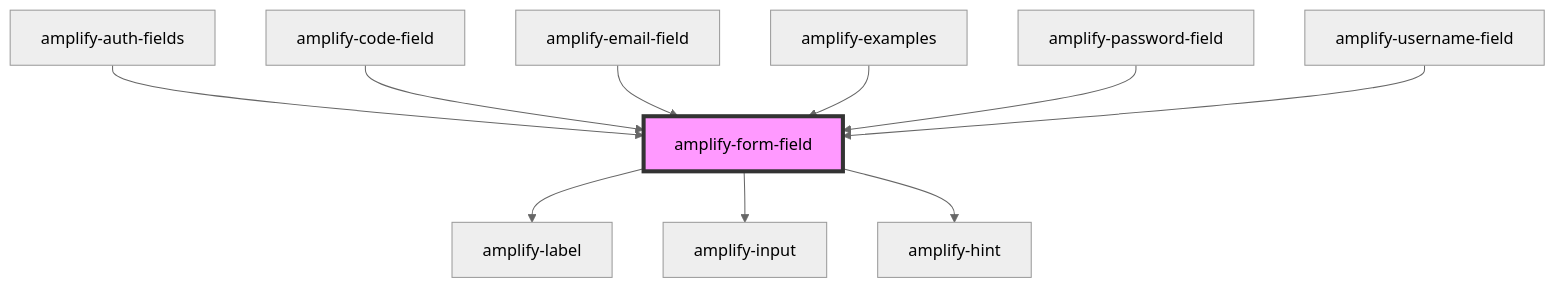
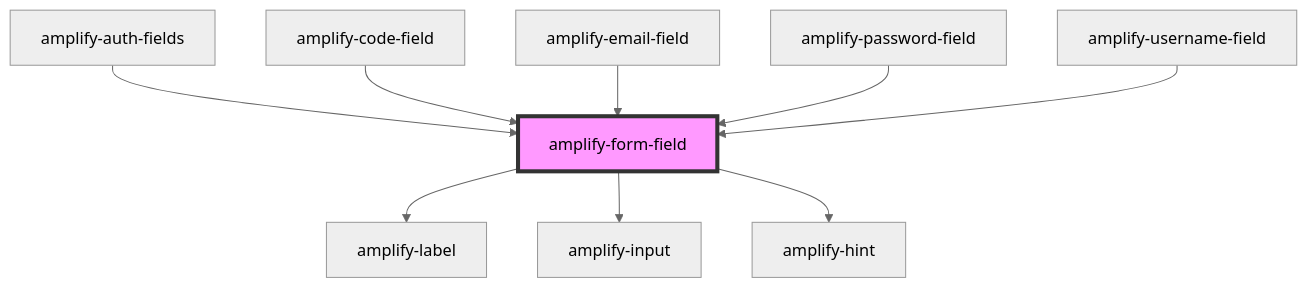
The diagram in packages/amplify-ui-components/src/components/amplify-form-field/readme.md (aws-amplify/amplify-js), drawn with Mermaid (neutral theme) before and after one commit. The commit also changed other lines of this file and 18 other files, not shown here.

````diff
--- a/packages/amplify-ui-components/src/components/amplify-form-field/readme.md
+++ b/packages/amplify-ui-components/src/components/amplify-form-field/readme.md
@@ -41,13 +40,12 @@
 ```mermaid
 graph TD;
   amplify-form-field --> amplify-label
   amplify-form-field --> amplify-input
   amplify-form-field --> amplify-hint
   amplify-auth-fields --> amplify-form-field
   amplify-code-field --> amplify-form-field
   amplify-email-field --> amplify-form-field
-  amplify-examples --> amplify-form-field
   amplify-password-field --> amplify-form-field
   amplify-username-field --> amplify-form-field
   style amplify-form-field fill:#f9f,stroke:#333,stroke-width:4px
 ```
````
